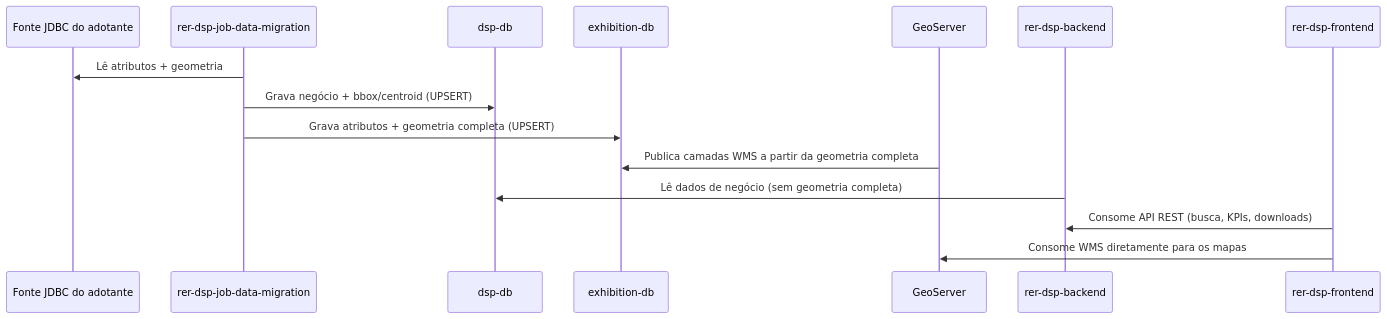
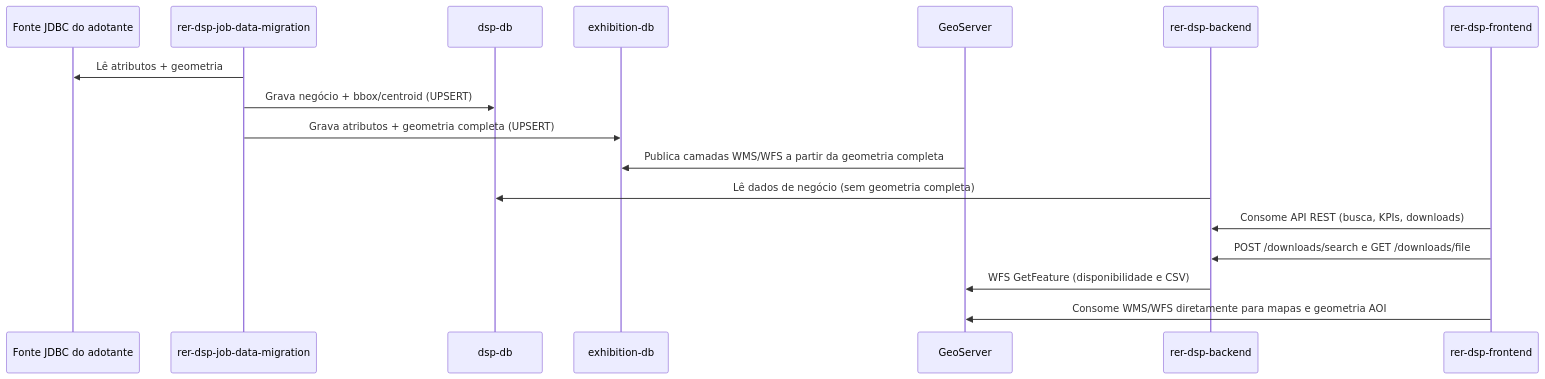
The diagram in docs/architecture/data-flow.md (kleber-albino/rer-dsp-docs), drawn with Mermaid before and after one commit. The commit also changed other lines of this file and 8 other files, not shown here.

First line of the commit message:
docs: update documentation to reflect WFS integration for downloads and backend changes

````diff
--- a/docs/architecture/data-flow.md
+++ b/docs/architecture/data-flow.md
@@ -5,18 +5,20 @@
 ```mermaid
 sequenceDiagram
   participant Src as Fonte JDBC do adotante
   participant Job as rer-dsp-job-data-migration
   participant DspDb as dsp-db
   participant ExDb as exhibition-db
   participant Gs as GeoServer
   participant Be as rer-dsp-backend
   participant Fe as rer-dsp-frontend
 
   Job->>Src: Lê atributos + geometria
   Job->>DspDb: Grava negócio + bbox/centroid (UPSERT)
   Job->>ExDb: Grava atributos + geometria completa (UPSERT)
-  Gs->>ExDb: Publica camadas WMS a partir da geometria completa
+  Gs->>ExDb: Publica camadas WMS/WFS a partir da geometria completa
   Be->>DspDb: Lê dados de negócio (sem geometria completa)
   Fe->>Be: Consome API REST (busca, KPIs, downloads)
-  Fe->>Gs: Consome WMS diretamente para os mapas
+  Fe->>Be: POST /downloads/search e GET /downloads/file
+  Be->>Gs: WFS GetFeature (disponibilidade e CSV)
+  Fe->>Gs: Consome WMS/WFS diretamente para mapas e geometria AOI
 ```
````
